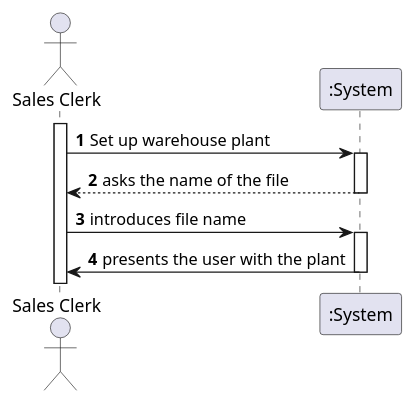
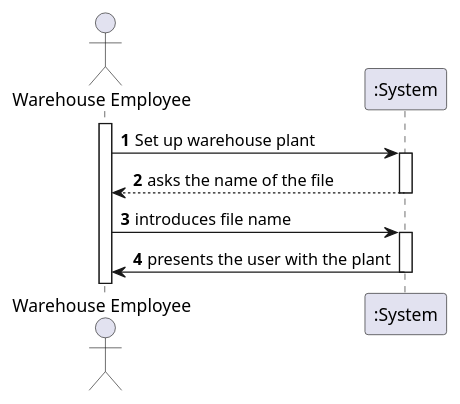
Before and after one commit to RuiRioPina/LAPR4-21-22: the diagram in docs/1201568/US2002/Diagramas/ssd.puml, drawn with PlantUML. The commit also changed 3 other files, not shown here.

Commit message:
#14 [US2001] [Designing] System Diagram for US2001 and analyzing further designing possibilities. Also fixing an error in the SSD it said "Sales Clerk" instead of "Warehouse Employee"

```diff
--- a/docs/1201568/US2002/Diagramas/ssd.puml
+++ b/docs/1201568/US2002/Diagramas/ssd.puml
@@ -1,21 +1,21 @@
 @startuml
 autonumber
-actor "Sales Clerk" as MEDLT
+actor "Warehouse Employee" as MEDLT
 
 activate MEDLT
 MEDLT-> ":System" : Set up warehouse plant
 
 activate ":System"
 ":System" --> MEDLT : asks the name of the file
 
 deactivate ":System"
 
 
 MEDLT-> ":System" : introduces file name
 
 activate ":System"
 
 ":System" -> MEDLT : presents the user with the plant
 deactivate ":System"
 
 @enduml
```
